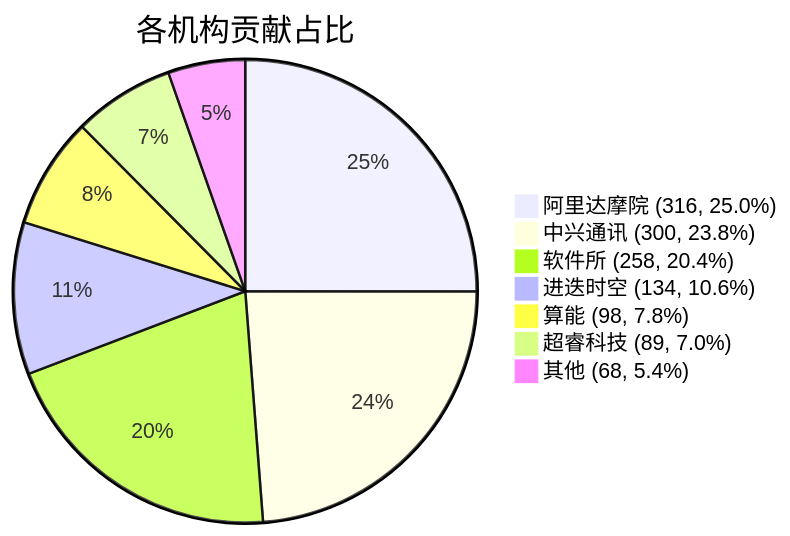
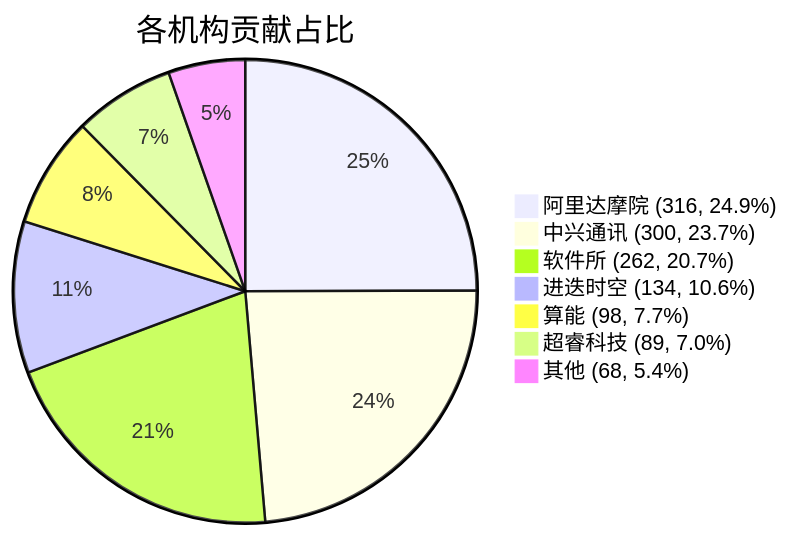
Before and after one commit to RVCK-Project/rvck: the diagram in docs/index.md, drawn with Mermaid. The commit also changed other lines of this file and 20 other files, not shown here.

````diff
--- a/docs/index.md
+++ b/docs/index.md
@@ -39,10 +39,10 @@
 ```mermaid
 pie title 各机构贡献占比
-    "阿里达摩院 (316, 25.0%)" : 316
-    "中兴通讯 (300, 23.8%)" : 300
-    "软件所 (258, 20.4%)" : 258
+    "阿里达摩院 (316, 24.9%)" : 316
+    "中兴通讯 (300, 23.7%)" : 300
+    "软件所 (262, 20.7%)" : 262
     "进迭时空 (134, 10.6%)" : 134
-    "算能 (98, 7.8%)" : 98
+    "算能 (98, 7.7%)" : 98
     "超睿科技 (89, 7.0%)" : 89
     "其他 (68, 5.4%)" : 68
 ```
````
